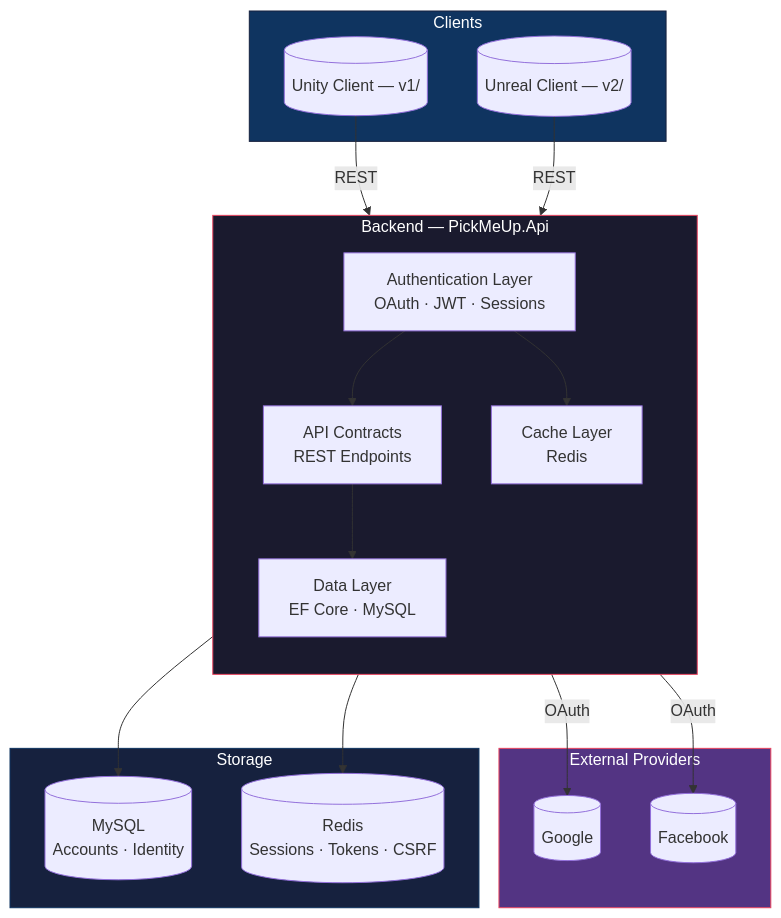
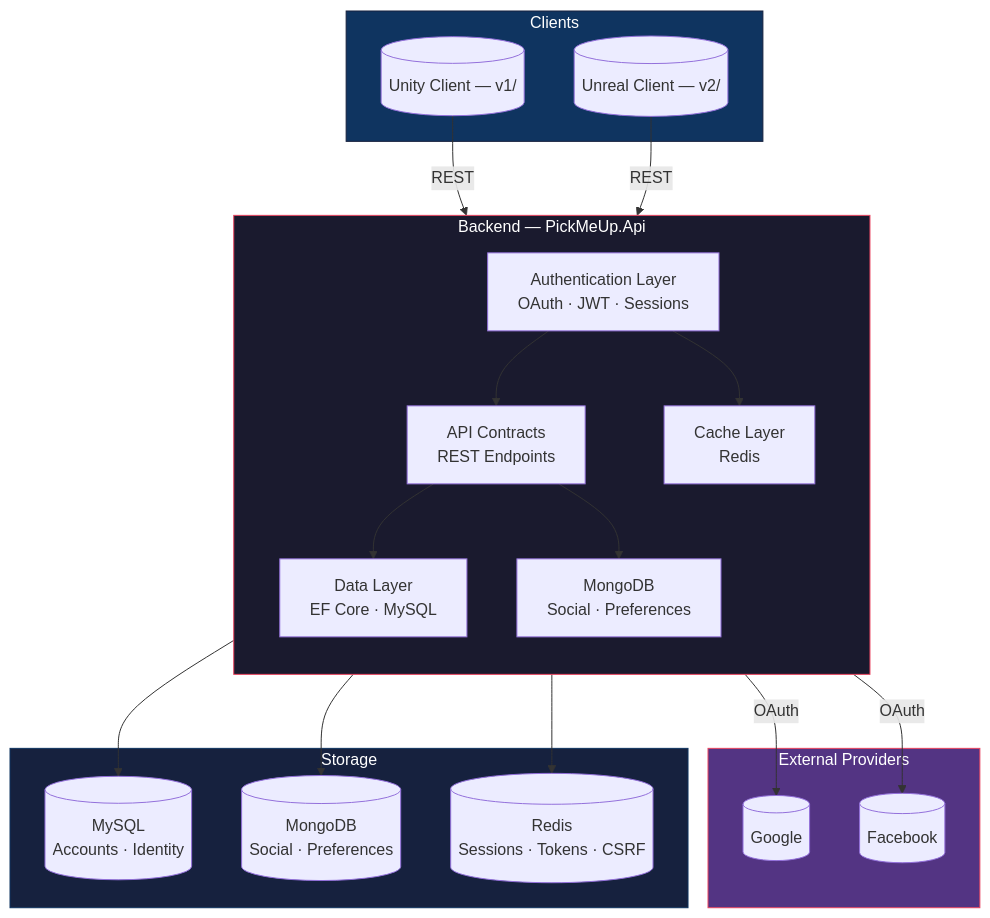
Before and after one commit to MatthewJacobSD/pick-me-up-infinite-gacha: the first of 4 diagrams in PickMeUp.Api/README.md, drawn with Mermaid. The commit also changed other lines of this file and 86 other files, not shown here.

First line of the commit message:
api: restructure Account folder, add Audio/SocialPreferences/UiPreferences

````diff
--- a/PickMeUp.Api/README.md
+++ b/PickMeUp.Api/README.md
@@ -9,40 +9,44 @@
 ```mermaid
 graph TB
     subgraph Clients
         U[("Unity Client — v1/")]
         UE[("Unreal Client — v2/")]
     end
 
     subgraph Backend["Backend — PickMeUp.Api"]
         direction TB
         Auth["Authentication Layer<br>OAuth · JWT · Sessions"]
         API["API Contracts<br>REST Endpoints"]
         Data["Data Layer<br>EF Core · MySQL"]
+        Mongo["MongoDB<br>Social · Preferences"]
         Cache["Cache Layer<br>Redis"]
     end
 
     subgraph Providers["External Providers"]
         G[("Google")]
         F[("Facebook")]
     end
 
     subgraph Storage
         MySQL[("MySQL<br>Accounts · Identity")]
+        MongoDB[("MongoDB<br>Social · Preferences")]
         Redis[("Redis<br>Sessions · Tokens · CSRF")]
     end
 
     U -->|REST| Auth
     UE -->|REST| Auth
     Auth --> API
     API --> Data
+    API --> Mongo
     Auth --> Cache
     Data --> MySQL
+    Mongo --> MongoDB
     Cache --> Redis
     Auth -->|OAuth| G
     Auth -->|OAuth| F
 
     style Backend fill:#1a1a2e,stroke:#e94560,color:#fff
     style Clients fill:#0f3460,stroke:#16213e,color:#fff
     style Providers fill:#533483,stroke:#e94560,color:#fff
     style Storage fill:#16213e,stroke:#0f3460,color:#fff
 ```
````
